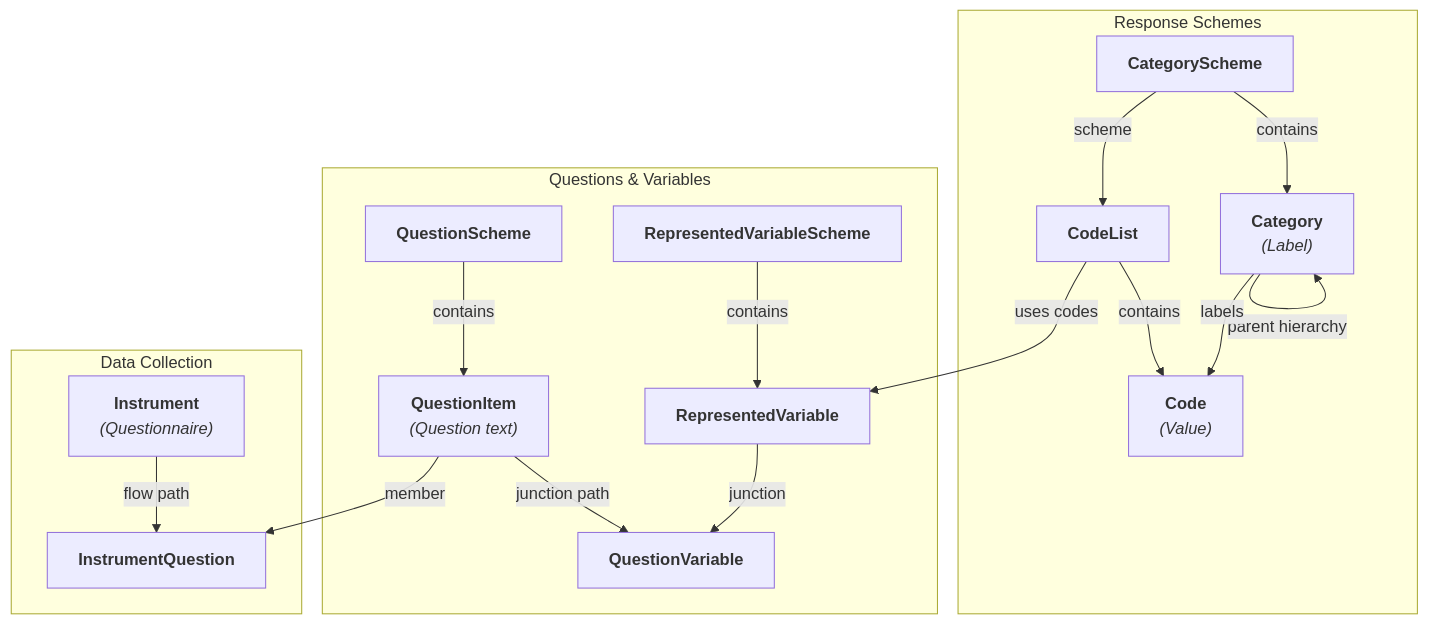
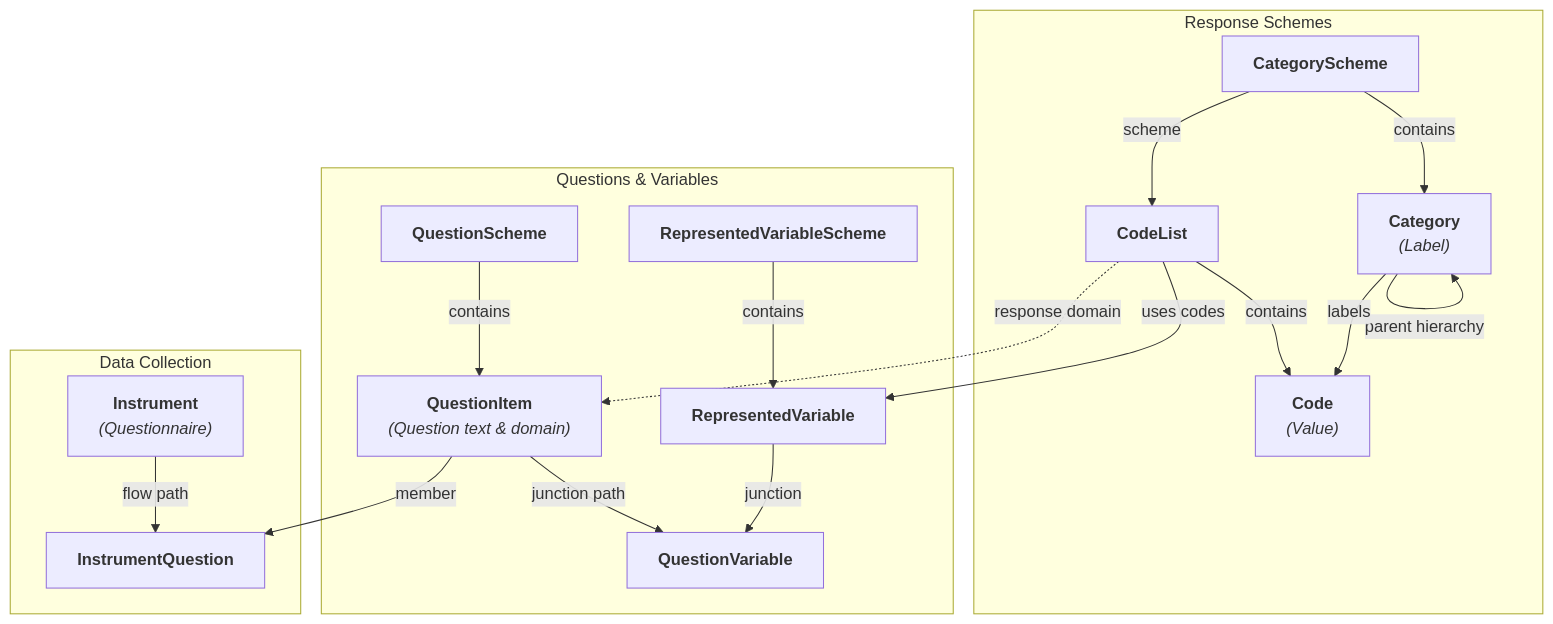
Before and after one commit to PlgaH/fairwddi-wp3-3: the third of 7 diagrams in deliverables/research/database.md, drawn with Mermaid. The commit also changed other lines of this file and 8 other files, not shown here.

Commit message:
feat: add code_list and response_domain fields to QuestionItem model

````diff
--- a/deliverables/research/database.md
+++ b/deliverables/research/database.md
@@ -253,21 +253,22 @@
 ```mermaid
 graph TD
     subgraph Response_Schemes ["Response Schemes"]
         CatS["<b>CategoryScheme</b>"] -->|contains| Cat["<b>Category</b><br/><i>(Label)</i>"]
         Cat -->|parent hierarchy| Cat
         CatS -->|scheme| CL["<b>CodeList</b>"]
         CL -->|contains| Code["<b>Code</b><br/><i>(Value)</i>"]
         Cat -->|labels| Code
     end
     subgraph Questions_Variables ["Questions & Variables"]
-        QS["<b>QuestionScheme</b>"] -->|contains| QI["<b>QuestionItem</b><br/><i>(Question text)</i>"]
+        QS["<b>QuestionScheme</b>"] -->|contains| QI["<b>QuestionItem</b><br/><i>(Question text & domain)</i>"]
         RVS["<b>RepresentedVariableScheme</b>"] -->|contains| RV["<b>RepresentedVariable</b>"]
         QI -->|junction path| QV["<b>QuestionVariable</b>"]
         RV -->|junction| QV
+        CL -.->|response domain| QI
         CL -->|uses codes| RV
     end
     subgraph Data_Collection ["Data Collection"]
         Inst["<b>Instrument</b><br/><i>(Questionnaire)</i>"] -->|flow path| IQ["<b>InstrumentQuestion</b>"]
         QI -->|member| IQ
     end
 ```
````
